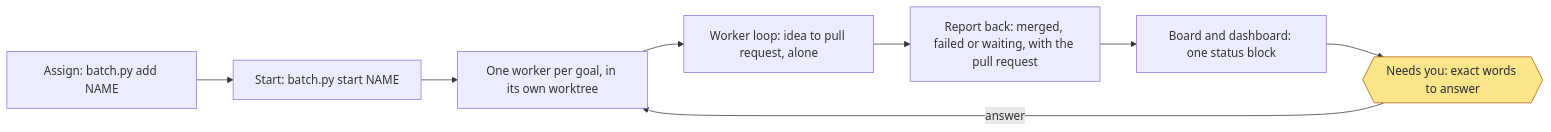
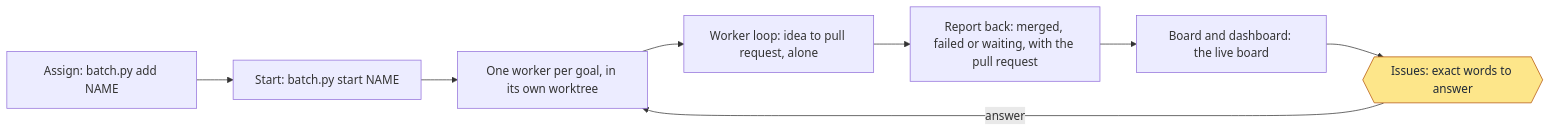
The diagram in skills/workflow-monitoring/references/operation.md (jcl2018/agent-workflow-template), drawn with Mermaid before and after one commit. The commit also changed other lines of this file and 31 other files, not shown here.

Commit message:
live-board: replace the status block with the live board (MON-4, MON-5)

````diff
--- a/skills/workflow-monitoring/references/operation.md
+++ b/skills/workflow-monitoring/references/operation.md
@@ -9,19 +9,19 @@
 ```mermaid
 flowchart LR
   a["Assign: batch.py add NAME"]
   b["Start: batch.py start NAME"]
   c["One worker per goal, in its own worktree"]
   d["Worker loop: idea to pull request, alone"]
   e["Report back: merged, failed or waiting, with the pull request"]
-  f["Board and dashboard: one status block"]
-  g{{"Needs you: exact words to answer"}}
+  f["Board and dashboard: the live board"]
+  g{{"Issues: exact words to answer"}}
   a --> b
   b --> c
   c --> d
   d --> e
   e --> f
   f --> g
   g -->|answer| c
   classDef owner fill:#fde68a,stroke:#b45309,color:#1f2937
   class g owner
 ```
````
